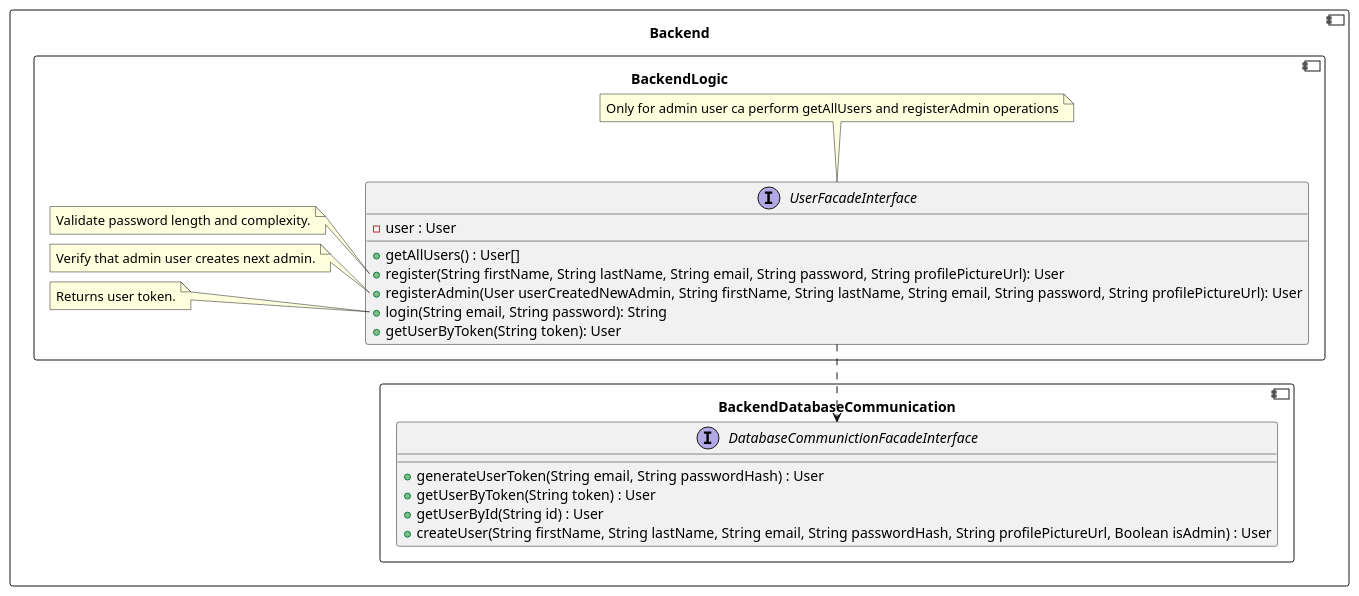
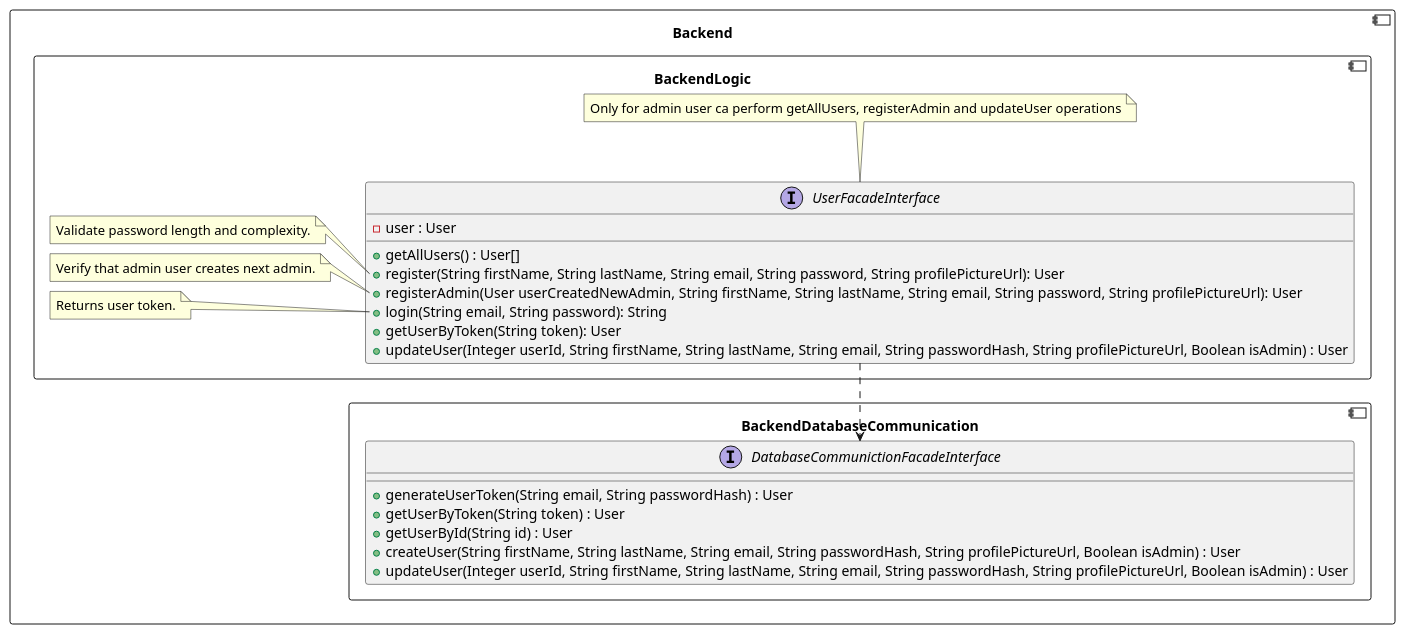
Before and after one commit to RadekBucki/OpinionCollectorArchitecture: the second of 5 diagrams in backend/BackendLogic.md, drawn with PlantUML. The commit also changed other lines of this file and 1 other file, not shown here.

Commit message:
Add ids to update operations

````diff
--- a/backend/BackendLogic.md
+++ b/backend/BackendLogic.md
@@ -27,43 +27,45 @@
 ```plantuml
 @startuml
 component Backend {
     component BackendDatabaseCommunication {
         interface DatabaseCommunictionFacadeInterface {
             + generateUserToken(String email, String passwordHash) : User
             + getUserByToken(String token) : User
             + getUserById(String id) : User
             + createUser(String firstName, String lastName, String email, String passwordHash, String profilePictureUrl, Boolean isAdmin) : User
+            + updateUser(Integer userId, String firstName, String lastName, String email, String passwordHash, String profilePictureUrl, Boolean isAdmin) : User
         }
     }
     
     component BackendLogic {
         UserFacadeInterface  ..> DatabaseCommunictionFacadeInterface
         
         interface UserFacadeInterface {
             - user : User
             + getAllUsers() : User[]
             + register(String firstName, String lastName, String email, String password, String profilePictureUrl): User
             + registerAdmin(User userCreatedNewAdmin, String firstName, String lastName, String email, String password, String profilePictureUrl): User
             + login(String email, String password): String
             + getUserByToken(String token): User
+            + updateUser(Integer userId, String firstName, String lastName, String email, String passwordHash, String profilePictureUrl, Boolean isAdmin) : User
         }
     
         note top of UserFacadeInterface
-            Only for admin user ca perform getAllUsers and registerAdmin operations
+            Only for admin user ca perform getAllUsers, registerAdmin and updateUser operations
         endnote
     
         note left of UserFacadeInterface::register
             Validate password length and complexity.
         endnote
     
         note left of UserFacadeInterface::registerAdmin
             Verify that admin user creates next admin.
         endnote
     
         note left of UserFacadeInterface::login
             Returns user token.
         endnote
     }
 }
 @enduml 
 ```
````
